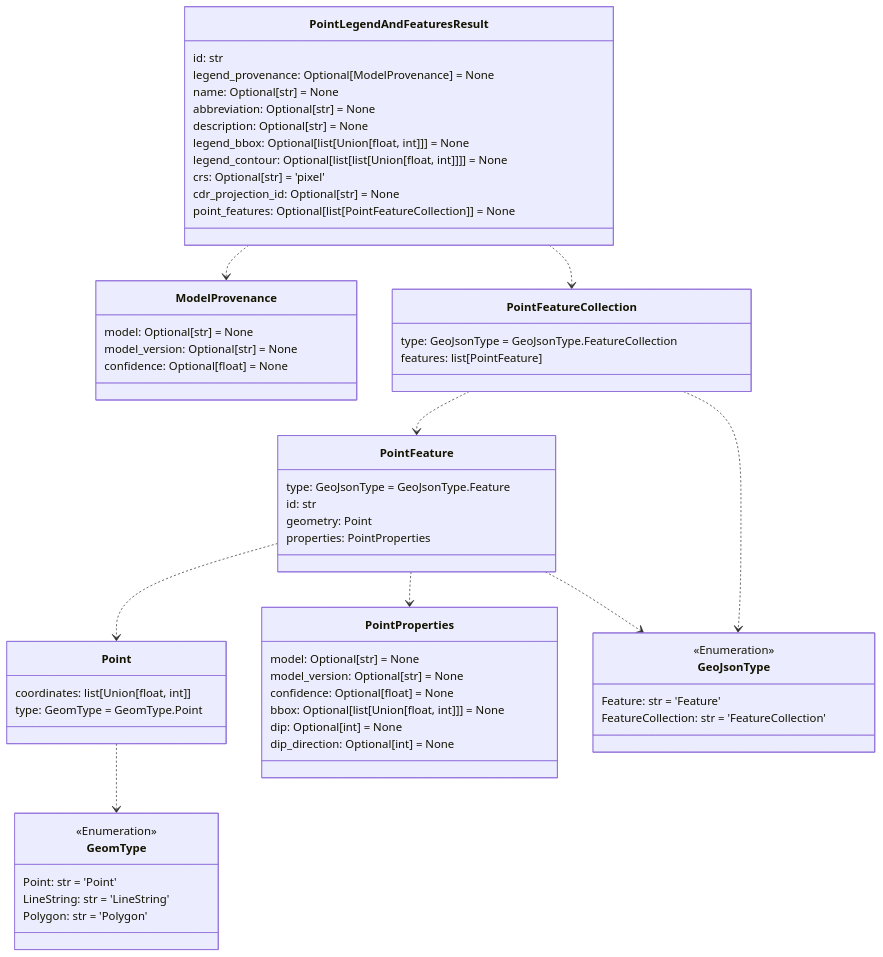
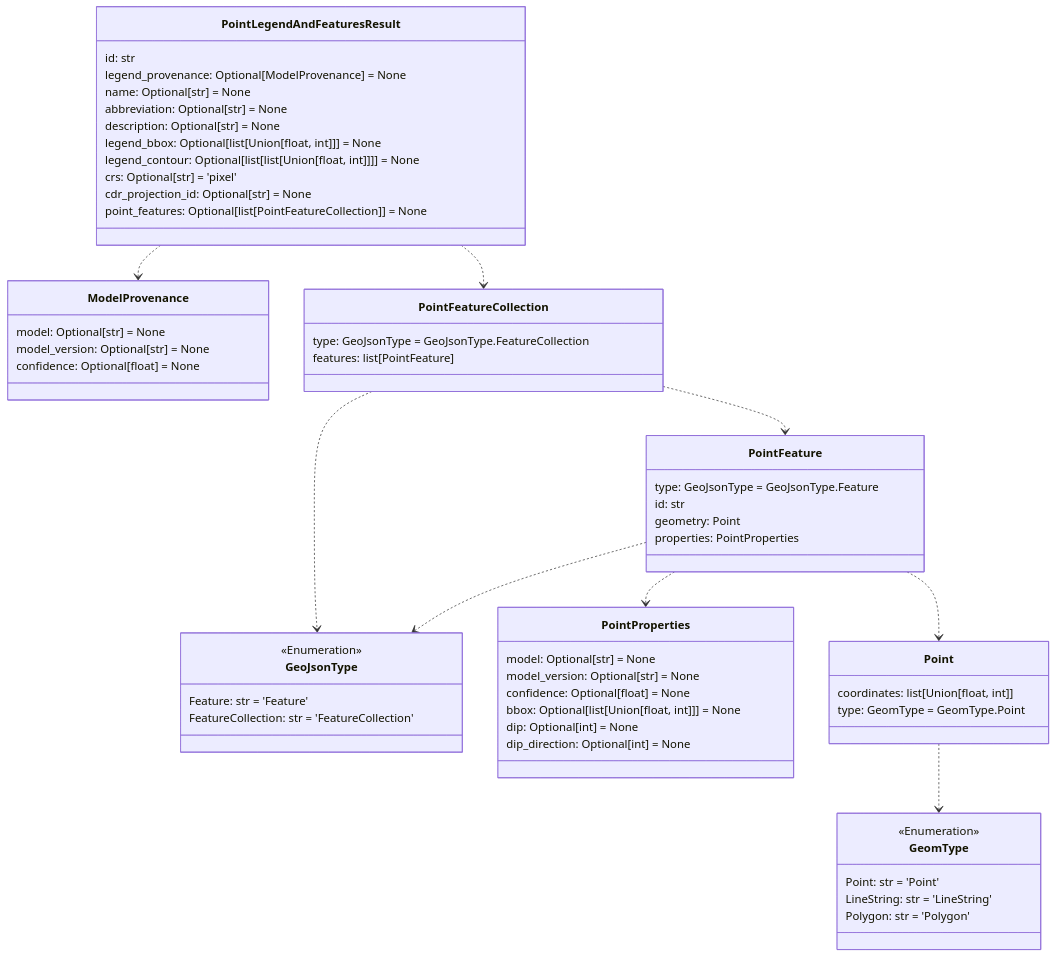
The fifth of 12 diagrams in README.md (DARPA-CRITICALMAAS/cdr_schemas), drawn with Mermaid before and after one commit. The commit also changed other lines of this file and 1 other file, not shown here.

````diff
--- a/README.md
+++ b/README.md
@@ -353,72 +353,72 @@
 ```mermaid
 classDiagram
+
+    class GeoJsonType {
+        <<Enumeration>>
+        Feature: str = 'Feature'
+        FeatureCollection: str = 'FeatureCollection'
+    }
 
     class ModelProvenance {
         model: Optional[str] = None
         model_version: Optional[str] = None
         confidence: Optional[float] = None
     }
 
-    class PointFeatureCollection {
-        type: GeoJsonType = GeoJsonType.FeatureCollection
-        features: list[PointFeature]
-    }
-
-    class Point {
-        coordinates: list[Union[float, int]]
-        type: GeomType = GeomType.Point
-    }
-
-    class PointFeature {
-        type: GeoJsonType = GeoJsonType.Feature
-        id: str
-        geometry: Point
-        properties: PointProperties
+    class GeomType {
+        <<Enumeration>>
+        Point: str = 'Point'
+        LineString: str = 'LineString'
+        Polygon: str = 'Polygon'
     }
 
     class PointLegendAndFeaturesResult {
         id: str
         legend_provenance: Optional[ModelProvenance] = None
         name: Optional[str] = None
         abbreviation: Optional[str] = None
         description: Optional[str] = None
         legend_bbox: Optional[list[Union[float, int]]] = None
         legend_contour: Optional[list[list[Union[float, int]]]] = None
         crs: Optional[str] = 'pixel'
         cdr_projection_id: Optional[str] = None
         point_features: Optional[list[PointFeatureCollection]] = None
     }
 
     class PointProperties {
         model: Optional[str] = None
         model_version: Optional[str] = None
         confidence: Optional[float] = None
         bbox: Optional[list[Union[float, int]]] = None
         dip: Optional[int] = None
         dip_direction: Optional[int] = None
     }
 
-    class GeomType {
-        <<Enumeration>>
-        Point: str = 'Point'
-        LineString: str = 'LineString'
-        Polygon: str = 'Polygon'
+    class PointFeature {
+        type: GeoJsonType = GeoJsonType.Feature
+        id: str
+        geometry: Point
+        properties: PointProperties
     }
 
-    class GeoJsonType {
-        <<Enumeration>>
-        Feature: str = 'Feature'
-        FeatureCollection: str = 'FeatureCollection'
+    class Point {
+        coordinates: list[Union[float, int]]
+        type: GeomType = GeomType.Point
+    }
+
+    class PointFeatureCollection {
+        type: GeoJsonType = GeoJsonType.FeatureCollection
+        features: list[PointFeature]
     }
 
     Point ..> GeomType
+    PointFeature ..> PointProperties
     PointFeature ..> Point
-    PointFeature ..> PointProperties
     PointFeature ..> GeoJsonType
+    PointFeatureCollection ..> GeoJsonType
     PointFeatureCollection ..> PointFeature
-    PointFeatureCollection ..> GeoJsonType
     PointLegendAndFeaturesResult ..> ModelProvenance
     PointLegendAndFeaturesResult ..> PointFeatureCollection
 
 
 ```
````
